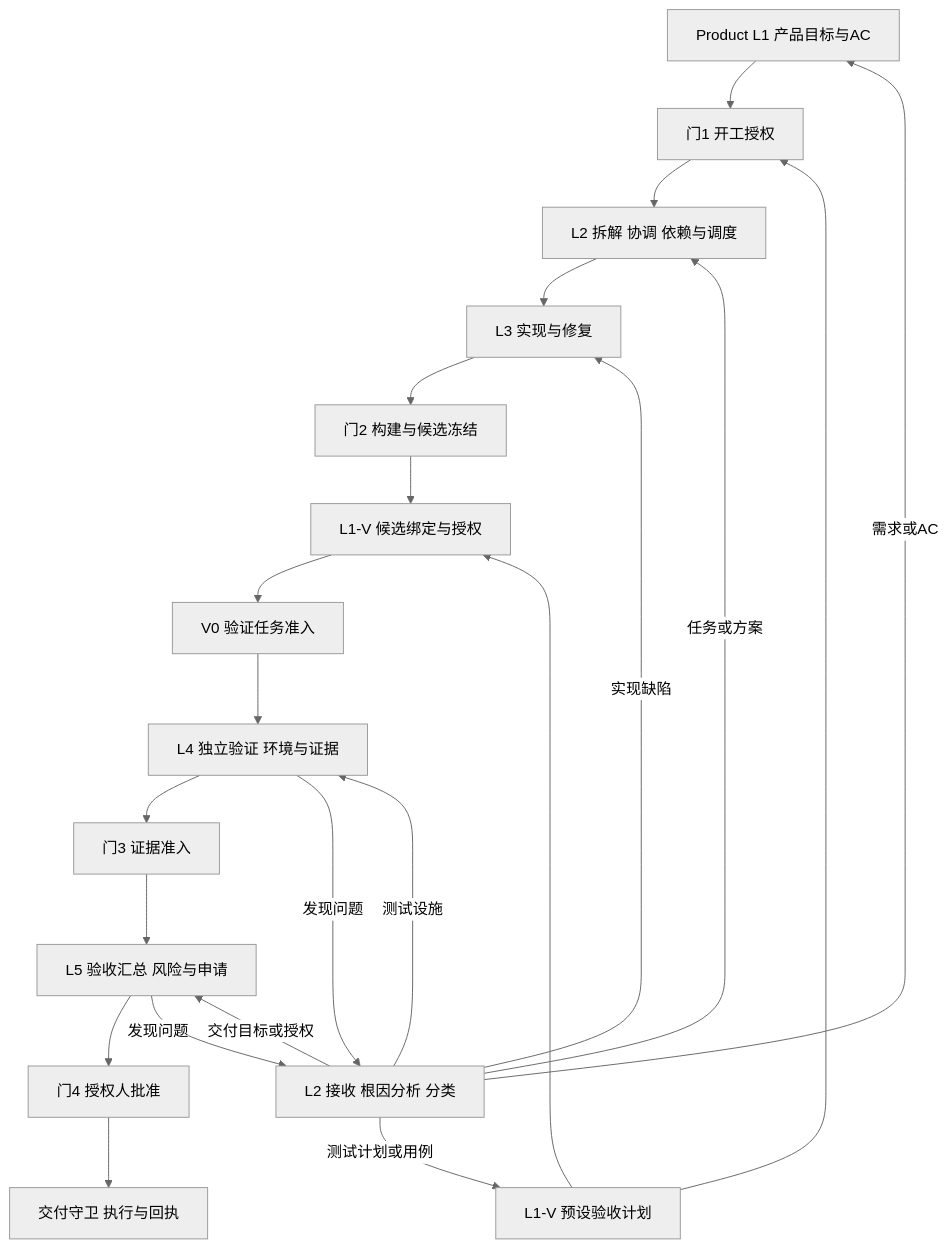
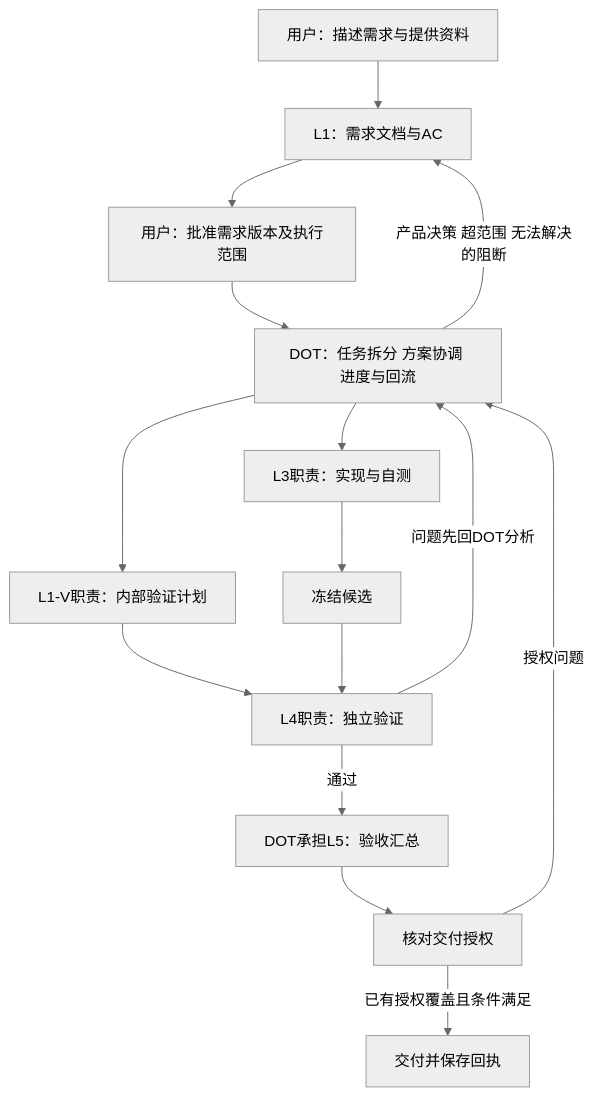
Before and after one commit to Merrychen-CMY/AI-Programming-Workflow: the diagram in docs/architecture.md, drawn with Mermaid (neutral theme). The commit also changed other lines of this file and 61 other files, not shown here.

````diff
--- a/docs/architecture.md
+++ b/docs/architecture.md
@@ -3,24 +3,17 @@
 ```mermaid
 flowchart TD
-  P[Product L1 产品目标与AC] --> G1[门1 开工授权]
-  VP[L1-V 预设验收计划] --> G1
-  G1 --> L2[L2 拆解 协调 依赖与调度]
-  L2 --> L3[L3 实现与修复]
-  L3 --> G2[门2 构建与候选冻结]
-  G2 --> VC[L1-V 候选绑定与授权]
-  VP --> VC
-  VC --> V0[V0 验证任务准入]
-  V0 --> L4[L4 独立验证 环境与证据]
-  L4 --> G3[门3 证据准入]
-  G3 --> L5[L5 验收汇总 风险与申请]
-  L5 --> G4[门4 授权人批准]
-  G4 --> DG[交付守卫 执行与回执]
-  L4 -->|发现问题| IN[L2 接收 根因分析 分类]
-  L5 -->|发现问题| IN
-  IN -->|需求或AC| P
-  IN -->|测试计划或用例| VP
-  IN -->|任务或方案| L2
-  IN -->|实现缺陷| L3
-  IN -->|测试设施| L4
-  IN -->|交付目标或授权| L5
+  U[用户：描述需求与提供资料] --> L1[L1：需求文档与AC]
+  L1 --> A[用户：批准需求版本及执行范围]
+  A --> DOT[DOT：任务拆分 方案协调 进度与回流]
+  DOT --> V[L1-V职责：内部验证计划]
+  DOT --> DEV[L3职责：实现与自测]
+  DEV --> C[冻结候选]
+  V --> CHECK[L4职责：独立验证]
+  C --> CHECK
+  CHECK -->|通过| SUMMARY[DOT承担L5：验收汇总]
+  CHECK -->|问题先回DOT分析| DOT
+  SUMMARY --> AUTH[核对交付授权]
+  AUTH -->|已有授权覆盖且条件满足| RESULT[交付并保存回执]
+  AUTH -->|授权问题| DOT
+  DOT -->|产品决策 超范围 无法解决的阻断| L1
 ```
````
